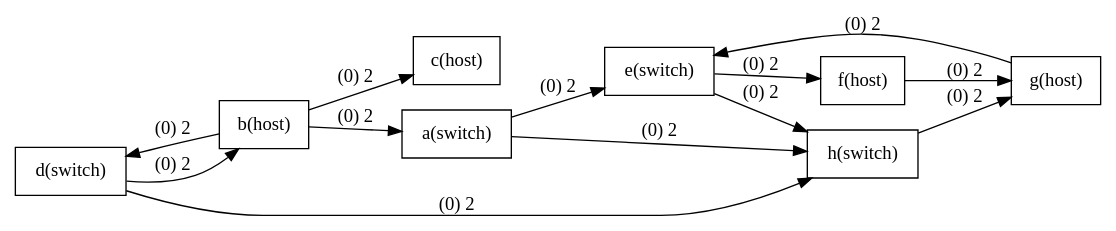
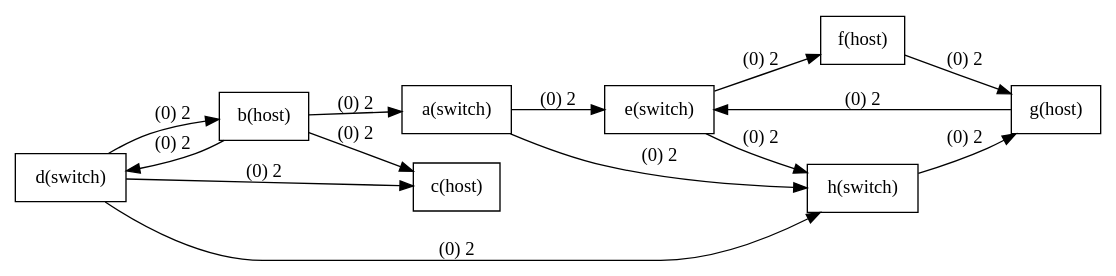
Before and after one commit to kevinbird61/fake-mininet: the diagram in example/api/plot.dot, drawn with Graphviz. The commit also changed 8 other files, not shown here.

```diff
--- a/example/api/plot.dot
+++ b/example/api/plot.dot
@@ -1,42 +1,45 @@
 digraph G{
 rankdir=LR;
 node [shape=record];
 
 a [label="a(switch)"];
 e [label="e(switch)"];
 a->e[label="(0) 2"];
 a [label="a(switch)"];
 h [label="h(switch)"];
 a->h[label="(0) 2"];
 b [label="b(host)"];
 a [label="a(switch)"];
 b->a[label="(0) 2"];
 b [label="b(host)"];
 c [label="c(host)"];
 b->c[label="(0) 2"];
 b [label="b(host)"];
 d [label="d(switch)"];
 b->d[label="(0) 2"];
 d [label="d(switch)"];
 b [label="b(host)"];
 d->b[label="(0) 2"];
 d [label="d(switch)"];
+c [label="c(host)"];
+d->c[label="(0) 2"];
+d [label="d(switch)"];
 h [label="h(switch)"];
 d->h[label="(0) 2"];
 e [label="e(switch)"];
 f [label="f(host)"];
 e->f[label="(0) 2"];
 e [label="e(switch)"];
 h [label="h(switch)"];
 e->h[label="(0) 2"];
 g [label="g(host)"];
 e [label="e(switch)"];
 g->e[label="(0) 2"];
 f [label="f(host)"];
 g [label="g(host)"];
 f->g[label="(0) 2"];
 h [label="h(switch)"];
 g [label="g(host)"];
 h->g[label="(0) 2"];
 
 }
```
